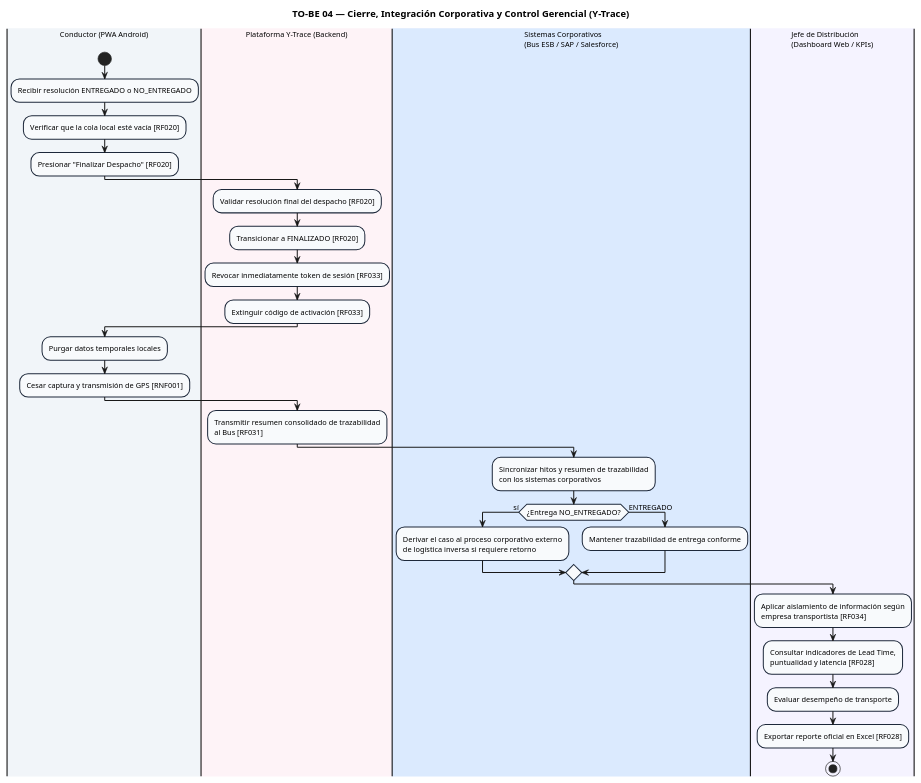
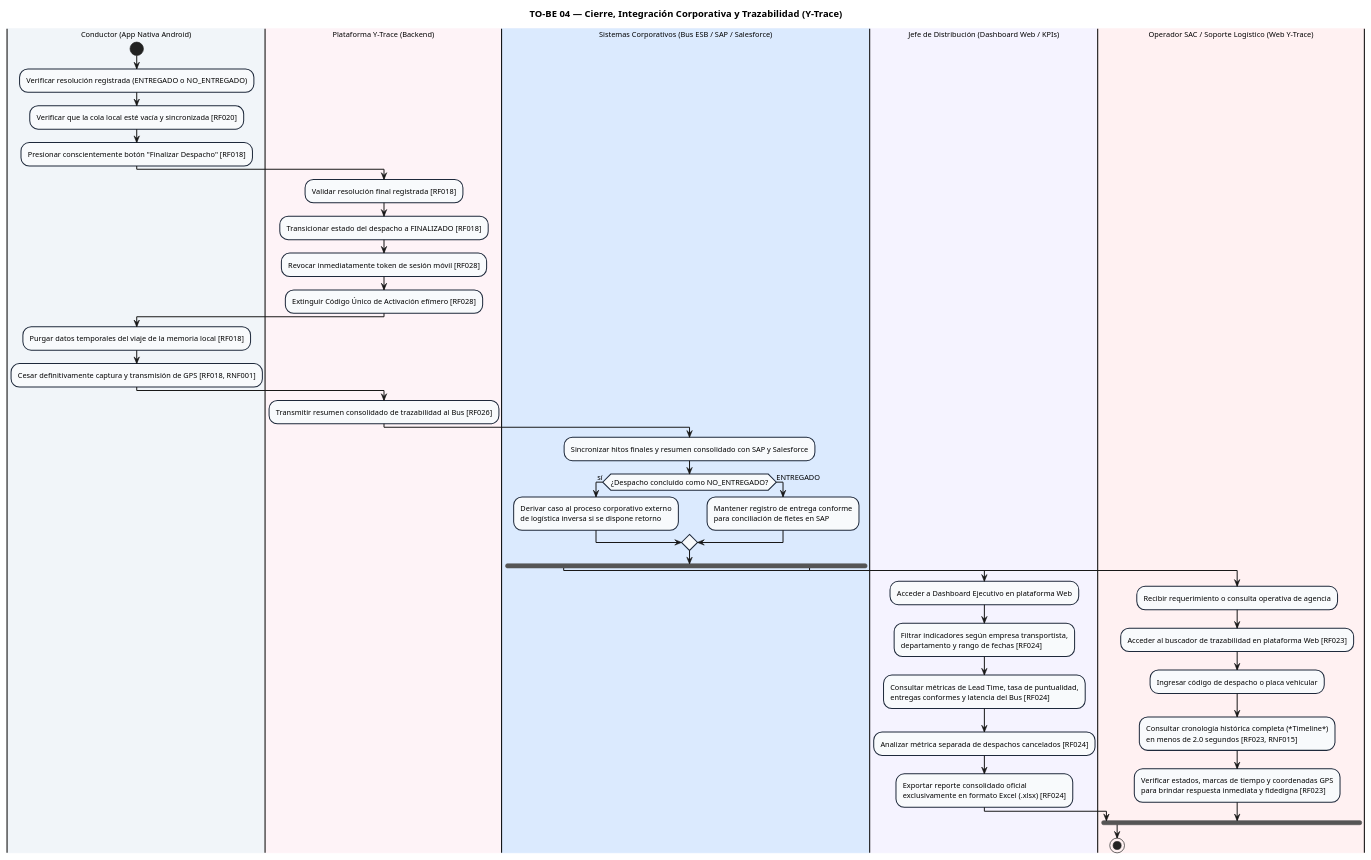
The fourth of 4 diagrams in diagram de actividades to-be/diagrmas general/diagrmas.md (SaraviaH/arq-emp), drawn with PlantUML before and after one commit. The commit also changed other lines of this file and 49 other files, not shown here.

````diff
--- a/diagram de actividades to-be/diagrmas general/diagrmas.md
+++ b/diagram de actividades to-be/diagrmas general/diagrmas.md
@@ -408,7 +376,7 @@
 ```plantuml
 @startuml TO_BE_04_Cierre_Integracion_KPIs
 
-title TO-BE 04 — Cierre, Integración Corporativa y Control Gerencial (Y-Trace)
+title TO-BE 04 — Cierre, Integración Corporativa y Trazabilidad (Y-Trace)
 
 skinparam shadowing false
 skinparam defaultFontName Arial
@@ -429,48 +397,78 @@
     FontSize 12
 }
 
-|#F1F5F9|Conductor (PWA Android)|
+|#F1F5F9|Conductor (App Nativa Android)|
 start
-:Recibir resolución ENTREGADO o NO_ENTREGADO;
-:Verificar que la cola local esté vacía [RF020];
-:Presionar "Finalizar Despacho" [RF020];
+:Verificar resolución registrada (ENTREGADO o NO_ENTREGADO);
+:Verificar que la cola local esté vacía y sincronizada [RF020];
+:Presionar conscientemente botón "Finalizar Despacho" [RF018];
 
 |#FEF3F7|Plataforma Y-Trace (Backend)|
-:Validar resolución final del despacho [RF020];
-:Transicionar a FINALIZADO [RF020];
-:Revocar inmediatamente token de sesión [RF033];
-:Extinguir código de activación [RF033];
+:Validar resolución final registrada [RF018];
+:Transicionar estado del despacho a FINALIZADO [RF018];
+:Revocar inmediatamente token de sesión móvil [RF028];
+:Extinguir Código Único de Activación efímero [RF028];
 
-|#F1F5F9|Conductor (PWA Android)|
-:Purgar datos temporales locales;
-:Cesar captura y transmisión de GPS [RNF001];
+|#F1F5F9|Conductor (App Nativa Android)|
+:Purgar datos temporales del viaje de la memoria local [RF018];
+:Cesar definitivamente captura y transmisión de GPS [RF018, RNF001];
 
 |#FEF3F7|Plataforma Y-Trace (Backend)|
-:Transmitir resumen consolidado de trazabilidad\nal Bus [RF031];
+:Transmitir resumen consolidado de trazabilidad al Bus [RF026];
 
-|#DBEAFE|Sistemas Corporativos\n(Bus ESB / SAP / Salesforce)|
-:Sincronizar hitos y resumen de trazabilidad\ncon los sistemas corporativos;
+|#DBEAFE|Sistemas Corporativos (Bus ESB / SAP / Salesforce)|
+:Sincronizar hitos finales y resumen consolidado con SAP y Salesforce;
 
-if (¿Entrega NO_ENTREGADO?) then (sí)
+if (¿Despacho concluido como NO_ENTREGADO?) then (sí)
 
-    :Derivar el caso al proceso corporativo externo\nde logística inversa si requiere retorno;
+    :Derivar caso al proceso corporativo externo
+    de logística inversa si se dispone retorno;
 
 else (ENTREGADO)
 
-    :Mantener trazabilidad de entrega conforme;
+    :Mantener registro de entrega conforme
+    para conciliación de fletes en SAP;
 
 endif
 
+' ============================================================
+' EXPLOTACIÓN DE TRAZABILIDAD Y RENDIMIENTO (CUN-05)
+' ============================================================
 
-|#F5F3FF|Jefe de Distribución\n(Dashboard Web / KPIs)|
+fork
 
-:Aplicar aislamiento de información según\nempresa transportista [RF034];
+    |#F5F3FF|Jefe de Distribución (Dashboard Web / KPIs)|
 
-:Consultar indicadores de Lead Time,\npuntualidad y latencia [RF028];
+    :Acceder a Dashboard Ejecutivo en plataforma Web;
 
-:Evaluar desempeño de transporte;
+    :Filtrar indicadores según empresa transportista,
+    departamento y rango de fechas [RF024];
 
-:Exportar reporte oficial en Excel [RF028];
+    :Consultar métricas de Lead Time, tasa de puntualidad,
+    entregas conformes y latencia del Bus [RF024];
+
+    :Analizar métrica separada de despachos cancelados [RF024];
+
+    :Exportar reporte consolidado oficial
+    exclusivamente en formato Excel (.xlsx) [RF024];
+
+fork again
+
+    |#FFF1F2|Operador SAC / Soporte Logístico (Web Y-Trace)|
+
+    :Recibir requerimiento o consulta operativa de agencia;
+
+    :Acceder al buscador de trazabilidad en plataforma Web [RF023];
+
+    :Ingresar código de despacho o placa vehicular;
+
+    :Consultar cronología histórica completa (*Timeline*)
+    en menos de 2.0 segundos [RF023, RNF015];
+
+    :Verificar estados, marcas de tiempo y coordenadas GPS
+    para brindar respuesta inmediata y fidedigna [RF023];
+
+end fork
 
 stop
 
````
